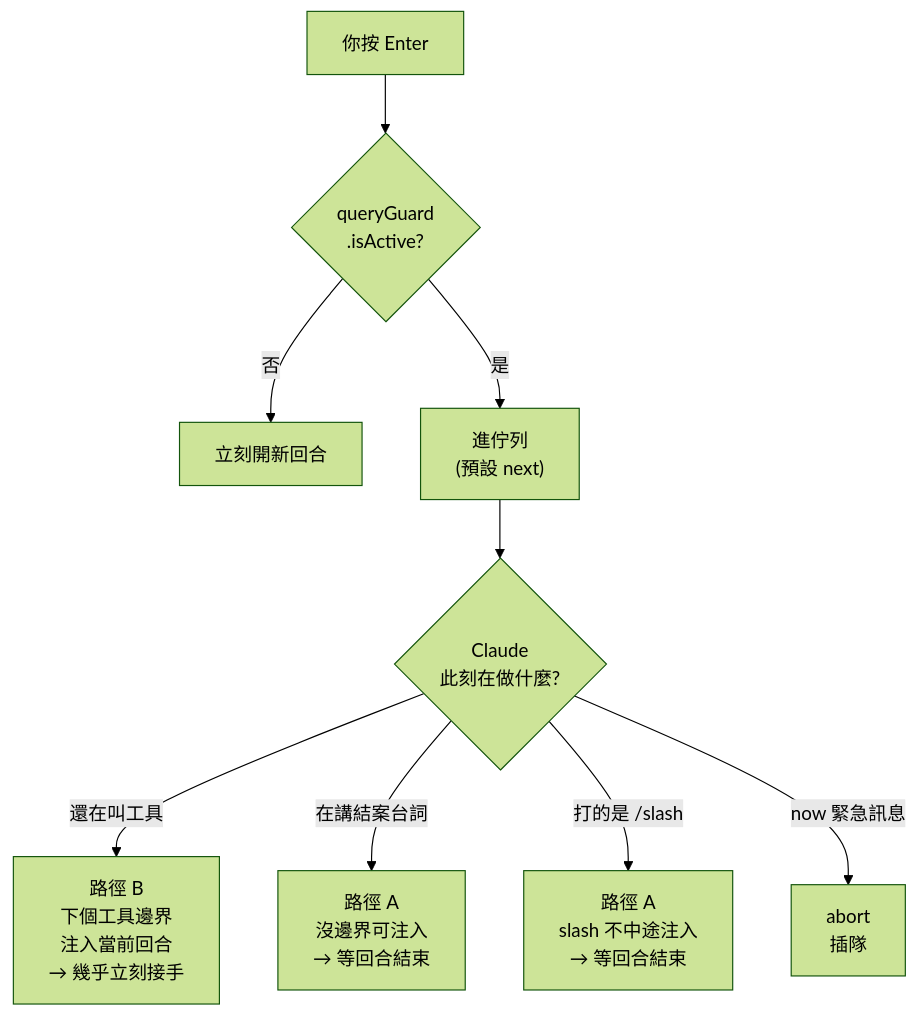
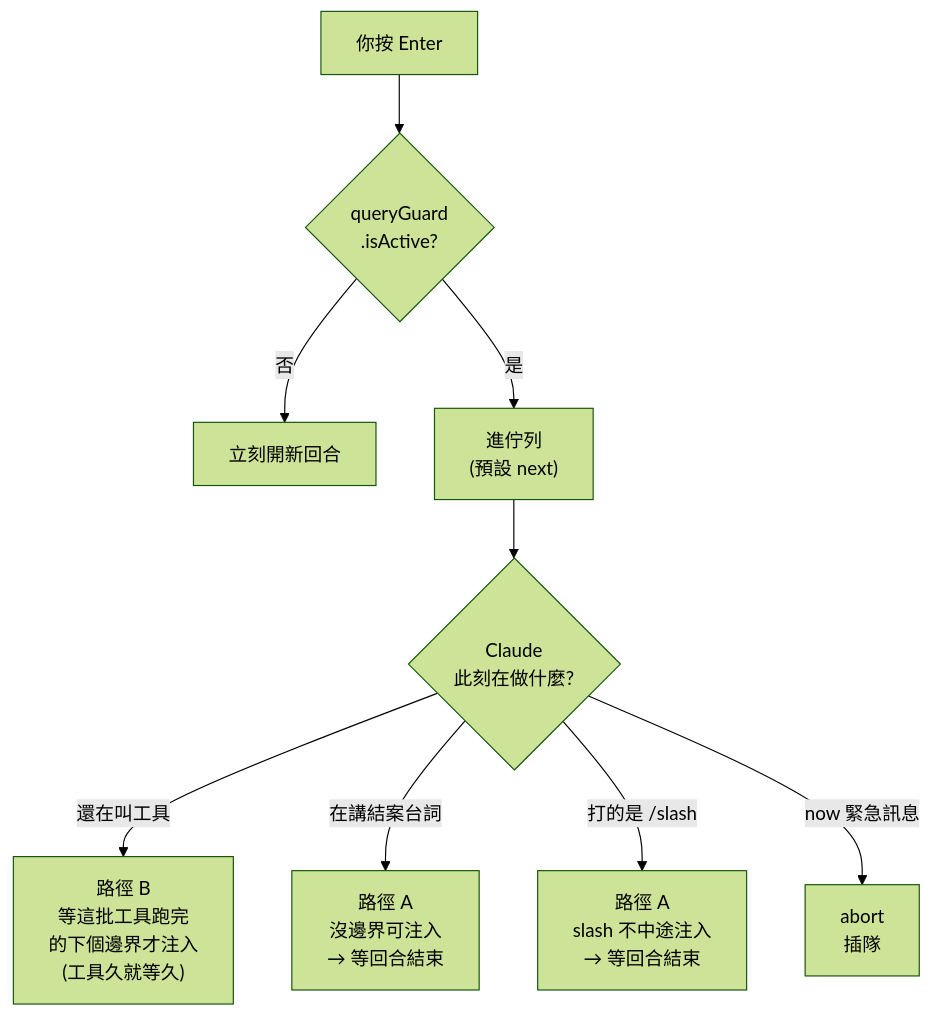
One commit to shooter2062424/Knowledge changed the third of 4 diagrams in technology/claude-code/claude-code-architecture-deep-dive.md. Above: the diagram before and after it, drawn with Mermaid (forest theme). The commit also changed other lines of this file, not shown here.

````diff
--- a/technology/claude-code/claude-code-architecture-deep-dive.md
+++ b/technology/claude-code/claude-code-architecture-deep-dive.md
@@ -196,11 +196,11 @@
 ```mermaid
 flowchart TD
     S["你按 Enter"] --> Q{"queryGuard<br/>.isActive?"}
     Q -->|否| IMM["立刻開新回合"]
     Q -->|是| EN["進佇列<br/>(預設 next)"]
     EN --> W{"Claude<br/>此刻在做什麼?"}
-    W -->|"還在叫工具"| B["路徑 B<br/>下個工具邊界<br/>注入當前回合<br/>→ 幾乎立刻接手"]
+    W -->|"還在叫工具"| B["路徑 B<br/>等這批工具跑完<br/>的下個邊界才注入<br/>(工具久就等久)"]
     W -->|"在講結案台詞"| A["路徑 A<br/>沒邊界可注入<br/>→ 等回合結束"]
     W -->|"打的是 /slash"| A2["路徑 A<br/>slash 不中途注入<br/>→ 等回合結束"]
     W -->|"now 緊急訊息"| AB["abort<br/>插隊"]
 ```
````
